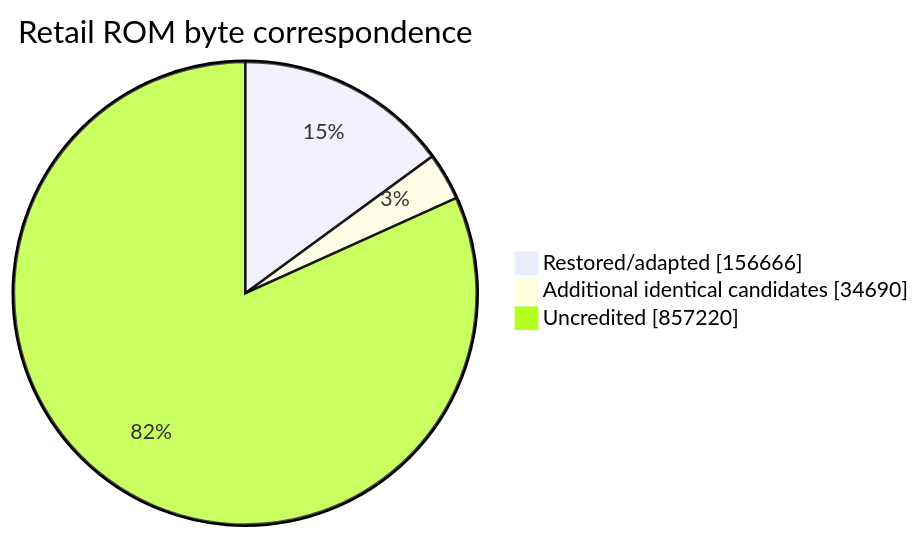
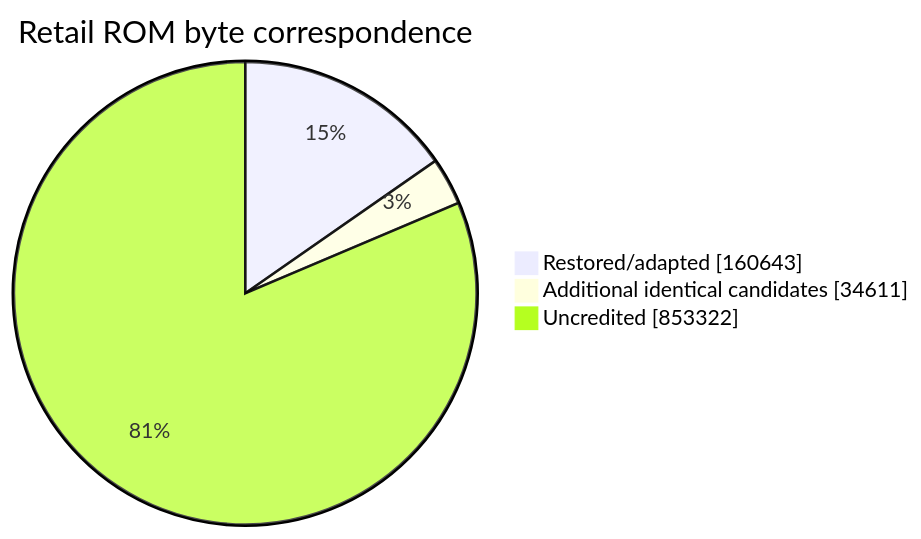
The second of 2 diagrams in readme.md (NachtRaveVL/stuntracefx), drawn with Mermaid before and after one commit. The commit also changed other lines of this file and 8 other files, not shown here.

````diff
--- a/readme.md
+++ b/readme.md
@@ -106,7 +106,7 @@
 ```mermaid
 pie showData
     title Retail ROM byte correspondence
-    "Restored/adapted" : 156666
-    "Additional identical candidates" : 34690
-    "Uncredited" : 857220
+    "Restored/adapted" : 160643
+    "Additional identical candidates" : 34611
+    "Uncredited" : 853322
 ```
````
